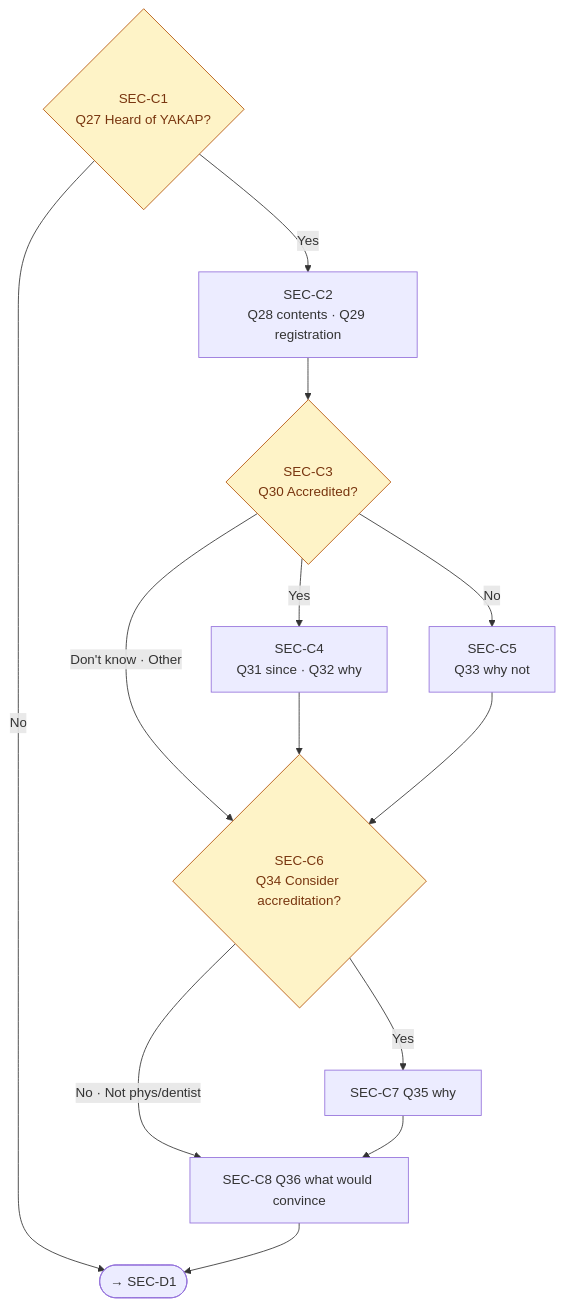
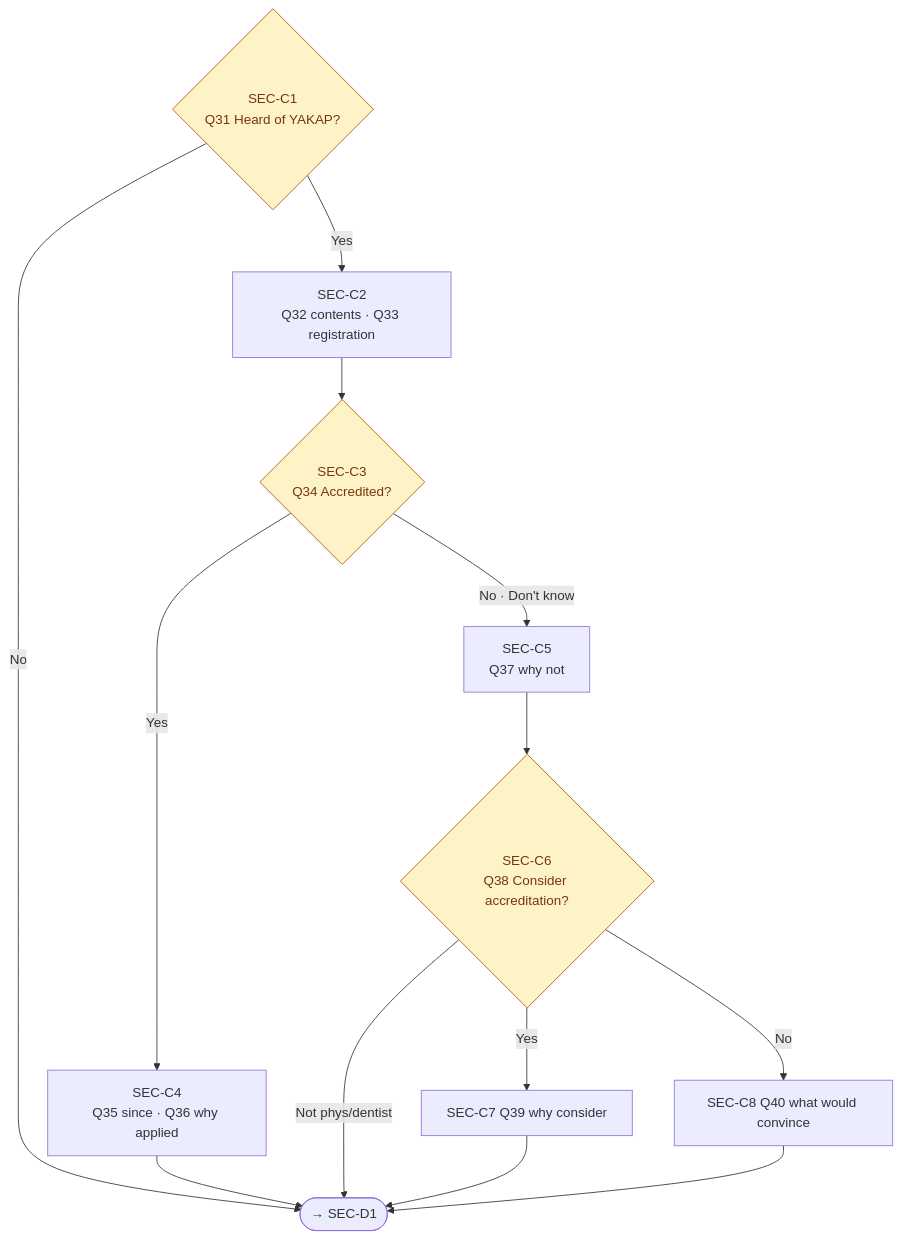
Before and after one commit to cplreyes/ASPSI-DOH-UHC-CAPI-Development: the third of 6 diagrams in deliverables/F2/F2-Skip-Logic.md, drawn with Mermaid. The commit also changed other lines of this file and 33 other files, not shown here.

First line of the commit message:
F2: Apr 20 questionnaire update — skip-logic, cross-field, generated schema

````diff
--- a/deliverables/F2/F2-Skip-Logic.md
+++ b/deliverables/F2/F2-Skip-Logic.md
@@ -123,19 +123,19 @@
 ```mermaid
 flowchart TD
-    C1{SEC-C1<br/>Q27 Heard of YAKAP?}
-    C1 -->|Yes| C2[SEC-C2<br/>Q28 contents · Q29 registration]
+    C1{SEC-C1<br/>Q31 Heard of YAKAP?}
+    C1 -->|Yes| C2[SEC-C2<br/>Q32 contents · Q33 registration]
     C1 -->|No| D1([→ SEC-D1])
-    C2 --> C3{SEC-C3<br/>Q30 Accredited?}
-    C3 -->|Yes| C4[SEC-C4<br/>Q31 since · Q32 why]
-    C3 -->|No| C5[SEC-C5<br/>Q33 why not]
-    C3 -->|Don't know · Other| C6
-    C4 --> C6{SEC-C6<br/>Q34 Consider accreditation?}
-    C5 --> C6
-    C6 -->|Yes| C7[SEC-C7 Q35 why]
-    C6 -->|No · Not phys/dentist| C8[SEC-C8 Q36 what would convince]
-    C7 --> C8
+    C2 --> C3{SEC-C3<br/>Q34 Accredited?}
+    C3 -->|Yes| C4[SEC-C4<br/>Q35 since · Q36 why applied]
+    C3 -->|No · Don't know| C5[SEC-C5<br/>Q37 why not]
+    C4 --> D1
+    C5 --> C6{SEC-C6<br/>Q38 Consider accreditation?}
+    C6 -->|Yes| C7[SEC-C7 Q39 why consider]
+    C6 -->|No| C8[SEC-C8 Q40 what would convince]
+    C6 -->|Not phys/dentist| D1
+    C7 --> D1
     C8 --> D1
 
     classDef gate fill:#fef3c7,stroke:#b45309,color:#78350f
     class C1,C3,C6 gate
 ```
````
